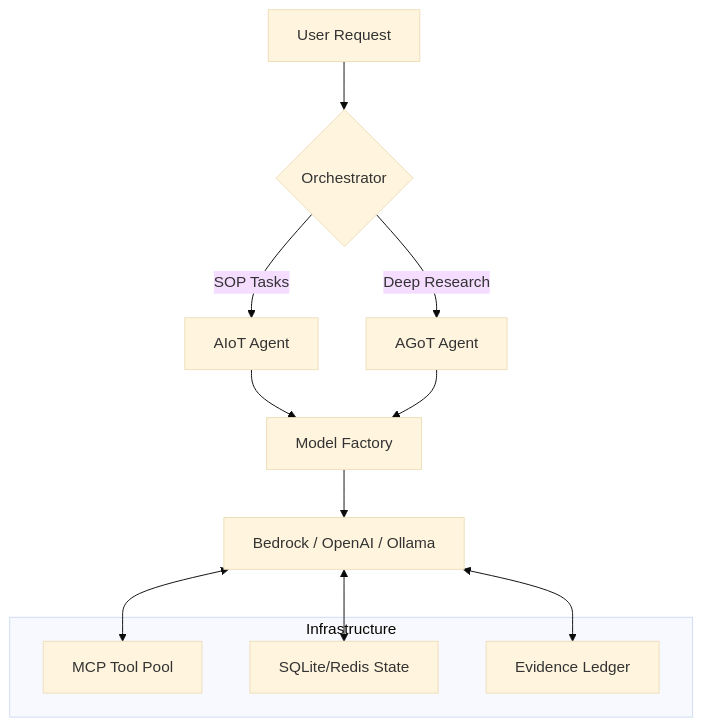
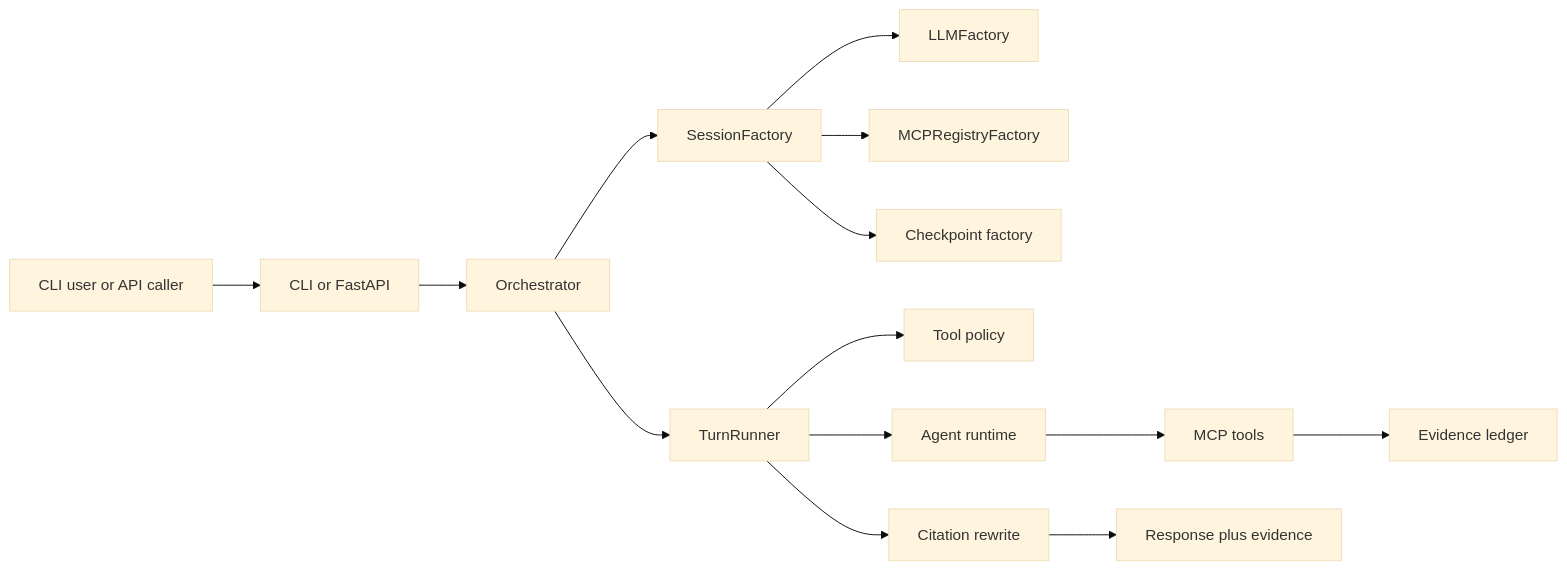
Before and after one commit to vinay9986/anymind: the diagram in README.md, drawn with Mermaid (base theme). The commit also changed other lines of this file and 14 other files, not shown here.

````diff
--- a/README.md
+++ b/README.md
@@ -25,21 +68,17 @@
 ```mermaid
-graph TD
-    A[User Request] --> B{Orchestrator}
-    B -->|SOP Tasks| C[AIoT Agent]
-    B -->|Deep Research| D[AGoT Agent]
-    
-    C --> E[Model Factory]
-    D --> E
-    
-    E --> F[Bedrock / OpenAI / Ollama]
-    
-    subgraph "Infrastructure"
-    G[MCP Tool Pool]
-    H[SQLite/Redis State]
-    I[Evidence Ledger]
-    end
-    
-    F <--> G
-    F <--> H
-    F <--> I
+flowchart LR
+    User[CLI user or API caller]
+    User --> Entry[CLI or FastAPI]
+    Entry --> Orchestrator[Orchestrator]
+    Orchestrator --> SessionFactory[SessionFactory]
+    SessionFactory --> LLM[LLMFactory]
+    SessionFactory --> MCP[MCPRegistryFactory]
+    SessionFactory --> CP[Checkpoint factory]
+    Orchestrator --> TurnRunner[TurnRunner]
+    TurnRunner --> Policy[Tool policy]
+    TurnRunner --> Agent[Agent runtime]
+    Agent --> Tools[MCP tools]
+    Tools --> Ledger[Evidence ledger]
+    TurnRunner --> Cite[Citation rewrite]
+    Cite --> Response[Response plus evidence]
 ```
````
